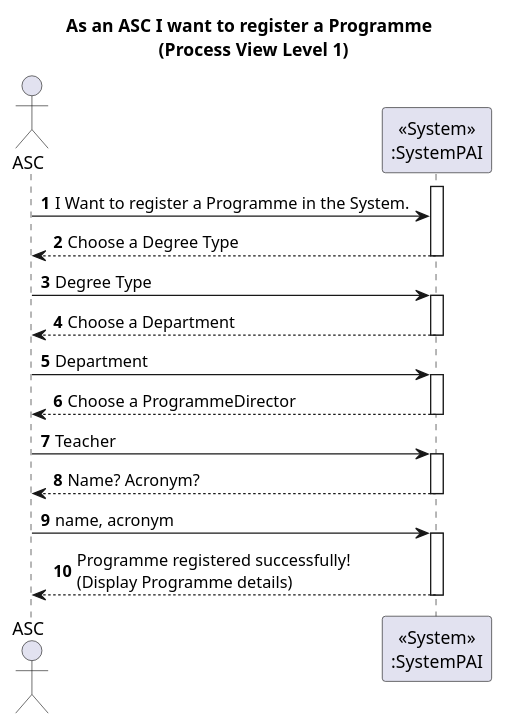
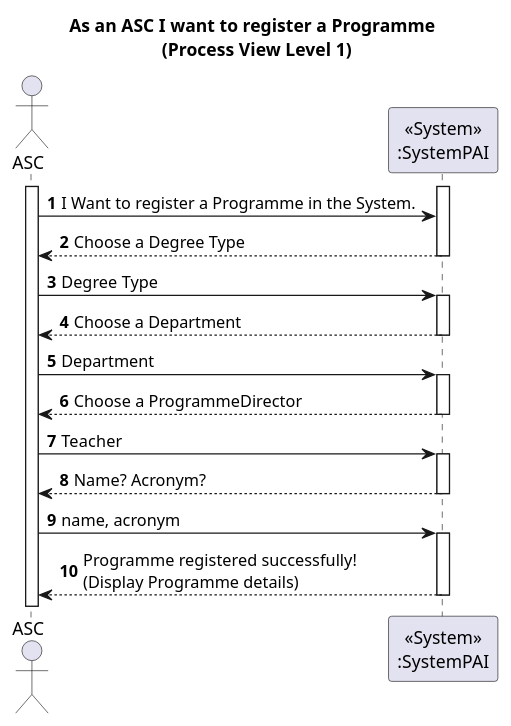
One commit to GasparISEP/DevOps-PAI changed the diagram in docs/US31/ProcessView/Level1.puml. Above: the diagram before and after it, drawn with PlantUML.

Commit message:
Ref #653: Minor correction in ProcessView Level1 diagram

```diff
--- a/docs/US31/ProcessView/Level1.puml
+++ b/docs/US31/ProcessView/Level1.puml
@@ -1,30 +1,31 @@
 @startuml
 autonumber
 
 title As an ASC I want to register a Programme \n (Process View Level 1)
 
 actor ASC as Admin
 participant "<<System>>\n:SystemPAI" as System
 
+activate Admin
 activate System
 Admin -> System  : I Want to register a Programme in the System.
 
 System --> Admin --: Choose a Degree Type
 
 Admin -> System  ++: Degree Type
 
 System --> Admin --: Choose a Department
 
 Admin -> System  ++: Department
 
 System --> Admin --: Choose a ProgrammeDirector
 
 Admin -> System  ++: Teacher
 
 System --> Admin  --: Name? Acronym?
 
 Admin -> System  ++: name, acronym
 
 System --> Admin  : Programme registered successfully! \n(Display Programme details)
 deactivate System
 @enduml
```
